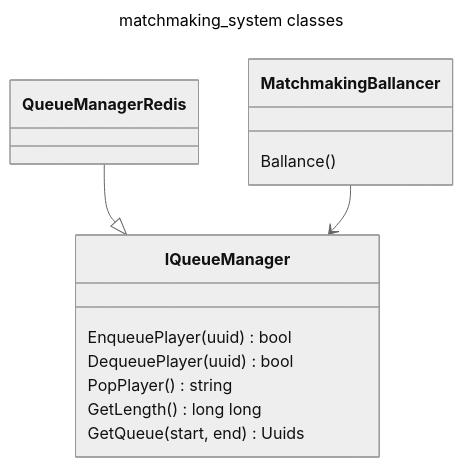
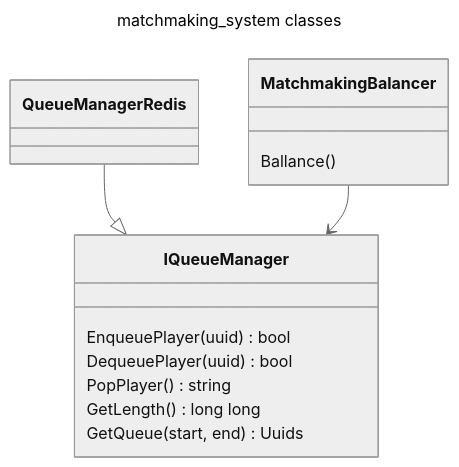
The diagram in docs/matchmaking_system.md (LeeDoor/game_webserver), drawn with Mermaid (neutral theme) before and after one commit. The commit also changed other lines of this file and 7 other files, not shown here.

````diff
--- a/docs/matchmaking_system.md
+++ b/docs/matchmaking_system.md
@@ -9,21 +9,21 @@
 ```mermaid
 ---
 title: matchmaking_system classes
 ---
 classDiagram
 	class IQueueManager {
 		EnqueuePlayer(uuid) bool
 		DequeuePlayer(uuid) bool
 		PopPlayer() string
 		GetLength() long long
 		GetQueue(start, end) Uuids
 	}
 	class QueueManagerRedis{
 	}
-	class MatchmakingBallancer{
+	class MatchmakingBalancer{
 		Ballance()
 	}
 	QueueManagerRedis --|> IQueueManager
-	MatchmakingBallancer --> IQueueManager
+	MatchmakingBalancer --> IQueueManager
 
 ```
````
